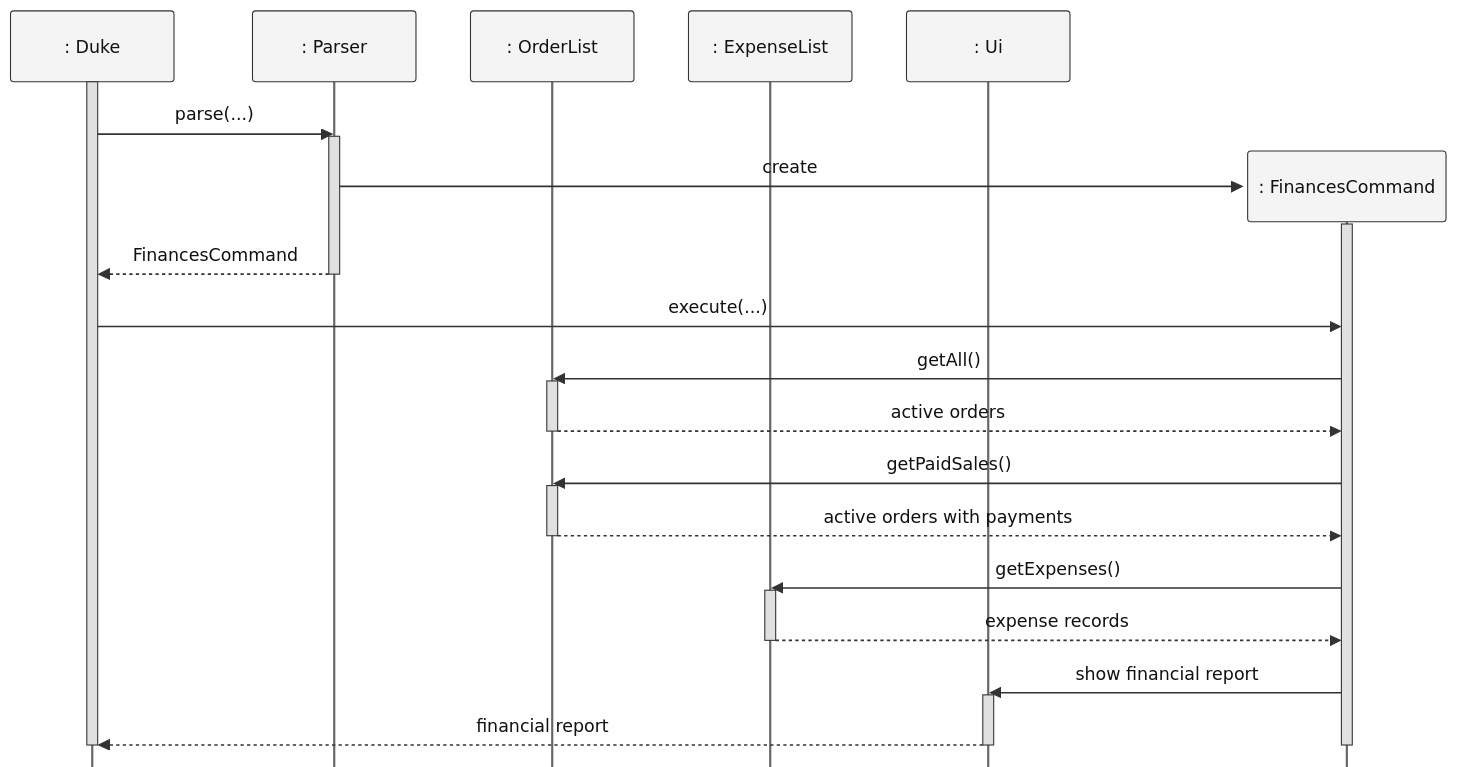
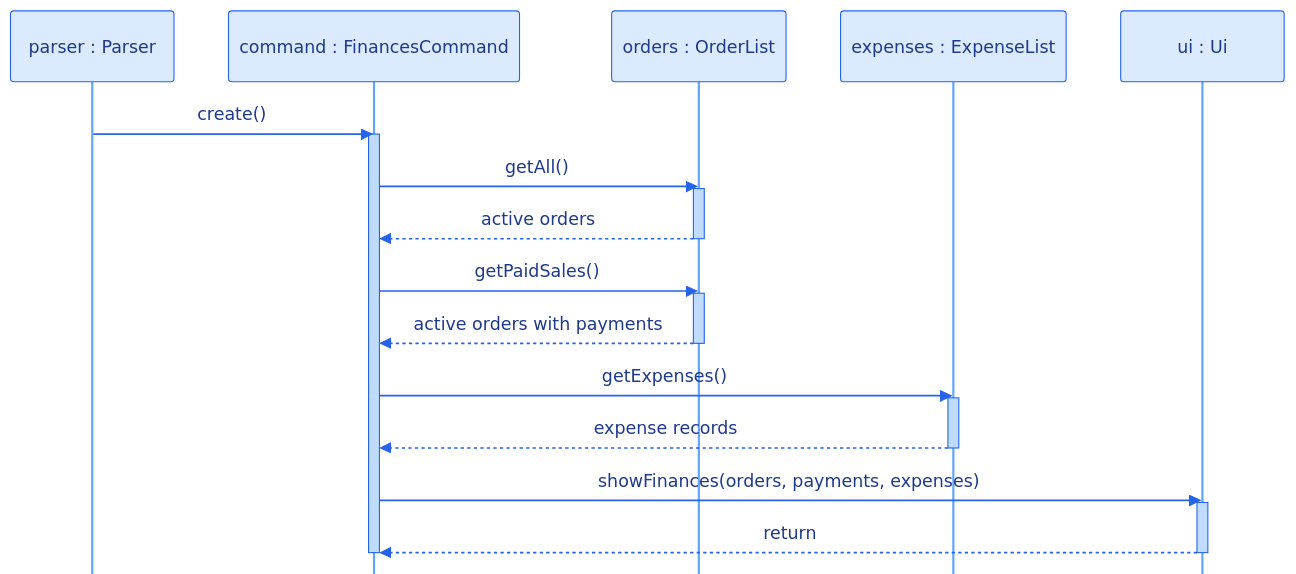
Before and after one commit to AY2627S1-CS2113-T11-1/tp: the diagram in docs/diagrams/finances.mmd, drawn with Mermaid. The commit also changed 7 other files, not shown here.

First line of the commit message:
docs: rebuild UML expense sequence diagrams

```diff
--- a/docs/diagrams/finances.mmd
+++ b/docs/diagrams/finances.mmd
@@ -1,35 +1,27 @@
-%%{init: {"sequence": {"mirrorActors": false}, "themeCSS": ".actor-line { stroke-dasharray: 4 4; }", "themeVariables": {"fontSize": "20px", "actorBkg": "#f4f4f4", "actorBorder": "#333333", "actorTextColor": "#111111", "actorLineColor": "#666666", "signalColor": "#333333", "signalTextColor": "#111111", "activationBkgColor": "#e0e0e0", "activationBorderColor": "#333333"}}}%%
+%%{init: {"sequence": {"mirrorActors": false}, "themeCSS": ".actor-line { stroke-dasharray: 4 4; }", "themeVariables": {"fontSize": "20px", "actorBkg": "#dbeafe", "actorBorder": "#2563eb", "actorTextColor": "#1e3a8a", "actorLineColor": "#60a5fa", "signalColor": "#2563eb", "signalTextColor": "#1e3a8a", "activationBkgColor": "#bfdbfe", "activationBorderColor": "#2563eb"}}}%%
 sequenceDiagram
-    participant D as : Duke
-    participant P as : Parser
-    participant O as : OrderList
-    participant E as : ExpenseList
-    participant U as : Ui
-    activate D
-    D->>P: parse(...)
-    activate P
-    create participant C as : FinancesCommand
-    P->>C: create
+    participant P as parser : Parser
+    participant C as command : FinancesCommand
+    participant O as orders : OrderList
+    participant E as expenses : ExpenseList
+    participant U as ui : Ui
+
+    P->>C: create()
     activate C
-    P-->>D: FinancesCommand
-    deactivate P
-    D->>C: execute(...)
     C->>O: getAll()
     activate O
     O-->>C: active orders
     deactivate O
     C->>O: getPaidSales()
     activate O
     O-->>C: active orders with payments
     deactivate O
     C->>E: getExpenses()
     activate E
     E-->>C: expense records
     deactivate E
-    C->>U: show financial report
+    C->>U: showFinances(orders, payments, expenses)
     activate U
-    U-->>D: financial report
+    U-->>C: return
     deactivate U
     deactivate C
-    destroy C
-    deactivate D
```
